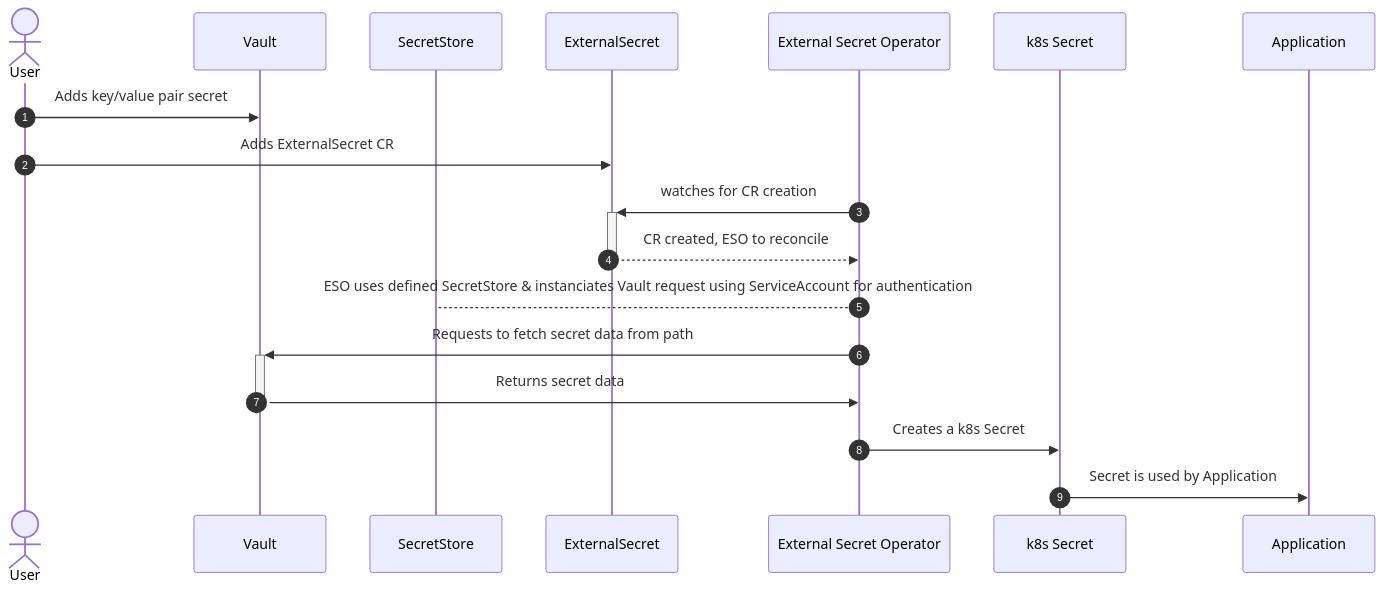
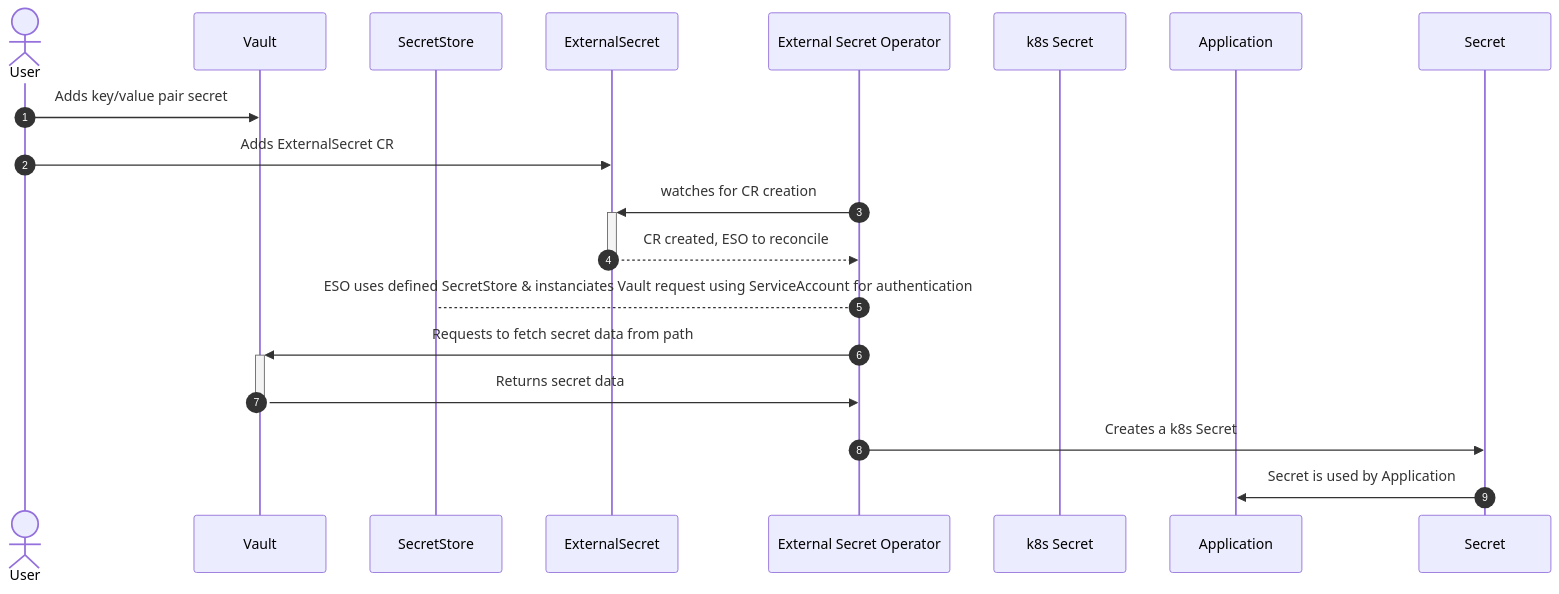
Before and after one commit to rht-labs/tech-exercise: the second of 4 diagrams in docs/6-secret-management-in-saap/4-secret-management.md, drawn with Mermaid. The commit also changed other lines of this file, not shown here.

Commit message:
few simplifications

````diff
--- a/docs/6-secret-management-in-saap/4-secret-management.md
+++ b/docs/6-secret-management-in-saap/4-secret-management.md
@@ -171,20 +171,20 @@
 ```mermaid 
 sequenceDiagram
     autonumber
     actor User
     participant Vault
     participant SecretStore
     participant ExternalSecret
     participant ESO as External Secret Operator 
     participant k8s Secret
     participant app as Application
     User->>Vault: Adds key/value pair secret
     User->>ExternalSecret: Adds ExternalSecret CR
     ESO->>+ExternalSecret: watches for CR creation
     ExternalSecret-->>-ESO: CR created, ESO to reconcile
     ESO-->SecretStore: ESO uses defined SecretStore & instanciates Vault request using ServiceAccount for authentication
     ESO->>+Vault: Requests to fetch secret data from path
     Vault->>-ESO: Returns secret data
-    ESO->>k8s Secret: Creates a k8s Secret
-    k8s Secret ->> app: Secret is used by Application
+    ESO->>Secret: Creates a k8s Secret
+    Secret ->> app: Secret is used by Application
 ```
````
